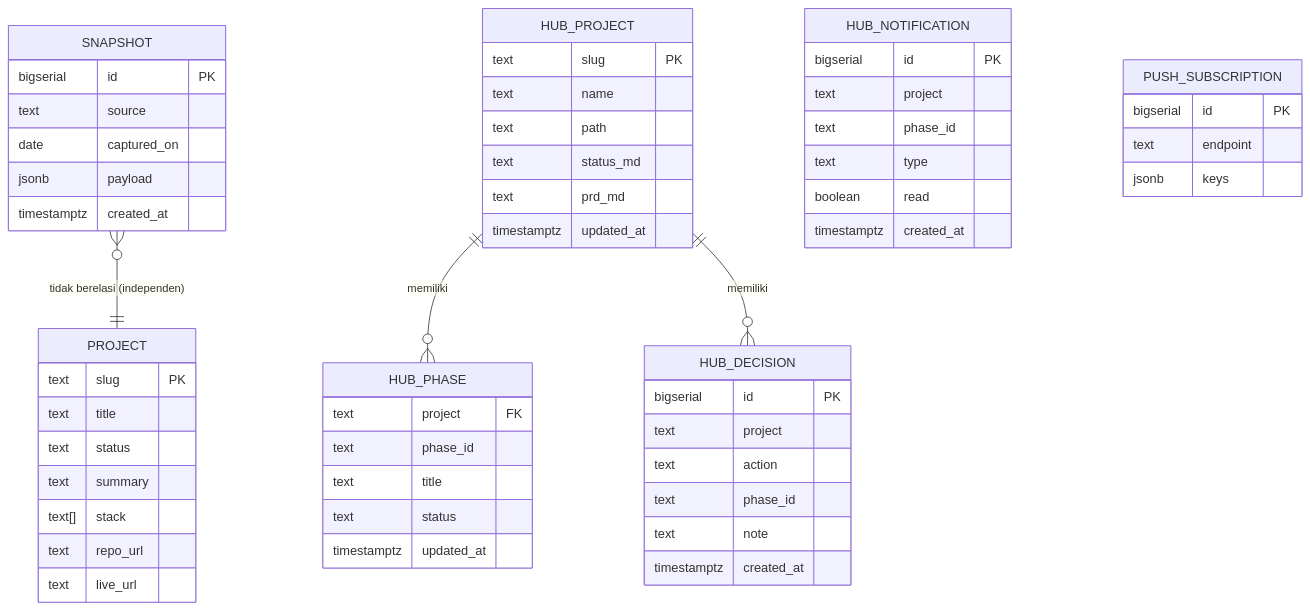
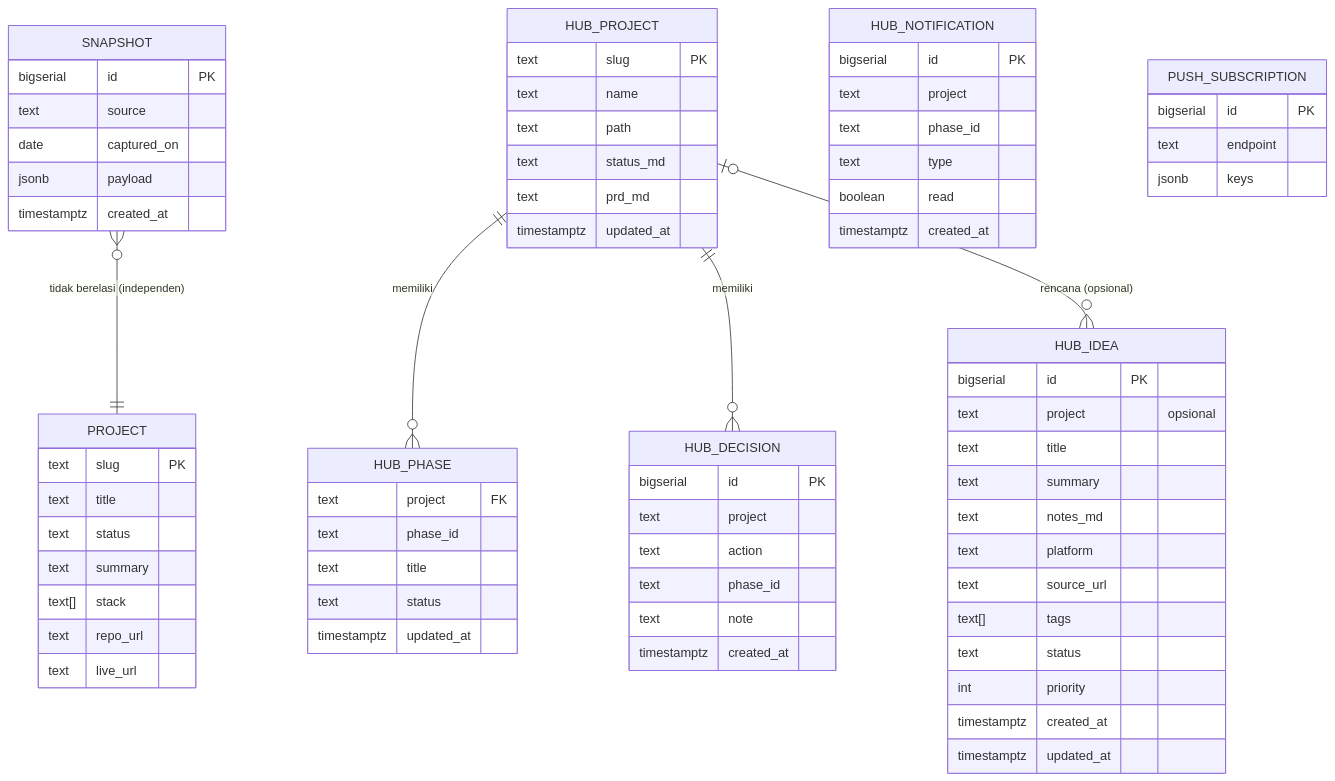
The diagram in PRD.md (tooncoderstis/portofolio), drawn with Mermaid before and after one commit. The commit also changed other lines of this file and 39 other files, not shown here.

First line of the commit message:
feat: PWA, idea inbox, and per-project development plans

````diff
--- a/PRD.md
+++ b/PRD.md
@@ -88,58 +100,73 @@
 ```mermaid
 erDiagram
     SNAPSHOT {
         bigserial id PK
         text source
         date captured_on
         jsonb payload
         timestamptz created_at
     }
     PROJECT {
         text slug PK
         text title
         text status
         text summary
         text[] stack
         text repo_url
         text live_url
     }
     HUB_PROJECT {
         text slug PK
         text name
         text path
         text status_md
         text prd_md
         timestamptz updated_at
     }
     HUB_PHASE {
         text project FK
         text phase_id
         text title
         text status
         timestamptz updated_at
     }
     HUB_NOTIFICATION {
         bigserial id PK
         text project
         text phase_id
         text type
         boolean read
         timestamptz created_at
     }
     HUB_DECISION {
         bigserial id PK
         text project
         text action
         text phase_id
         text note
         timestamptz created_at
     }
+    HUB_IDEA {
+        bigserial id PK
+        text project "opsional"
+        text title
+        text summary
+        text notes_md
+        text platform
+        text source_url
+        text[] tags
+        text status
+        int priority
+        timestamptz created_at
+        timestamptz updated_at
+    }
     PUSH_SUBSCRIPTION {
         bigserial id PK
         text endpoint
         jsonb keys
     }
     SNAPSHOT }o--|| PROJECT : "tidak berelasi (independen)"
     HUB_PROJECT ||--o{ HUB_PHASE : "memiliki"
     HUB_PROJECT ||--o{ HUB_DECISION : "memiliki"
+    HUB_PROJECT |o--o{ HUB_IDEA : "rencana (opsional)"
 ```
````
